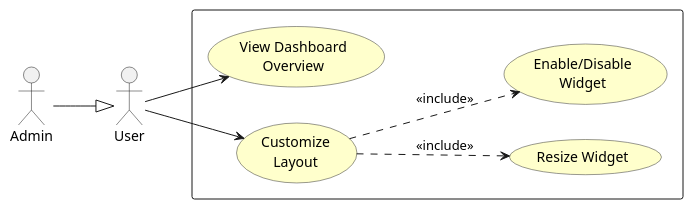
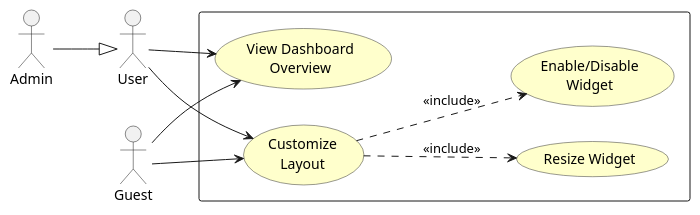
Before and after one commit to hung-org-117/build-risk-dashboard: the diagram in diagrams/uc_06_dashboard.puml, drawn with PlantUML. The commit also changed 46 other files, not shown here.

```diff
--- a/diagrams/uc_06_dashboard.puml
+++ b/diagrams/uc_06_dashboard.puml
@@ -1,34 +1,37 @@
 @startuml
 '===============================================================
 ' UC-06: VIEW / CUSTOMIZE DASHBOARD (Both)
 '===============================================================
 
 skinparam actorStyle stick
 skinparam usecase {
     BorderColor #333333
     BackgroundColor #FFFFCC
 }
 
 left to right direction
 
 ' =============== ACTORS ===============
 actor "Admin" as Admin
 actor "User" as User
+actor "Guest" as Guest
 Admin --|> User
 
 ' =============== SYSTEM BOUNDARY ===============
 rectangle {
     usecase "View Dashboard\nOverview" as UC_Dashboard
     usecase "Customize\nLayout" as UC_Customize
     usecase "Resize Widget" as UC_Resize
     usecase "Enable/Disable\nWidget" as UC_Toggle
 }
 
 User --> UC_Dashboard
 User --> UC_Customize
+Guest --> UC_Dashboard
+Guest --> UC_Customize
 
 ' Customize Layout includes widget operations
 UC_Customize ..> UC_Resize : <<include>>
 UC_Customize ..> UC_Toggle : <<include>>
 
 @enduml
```
